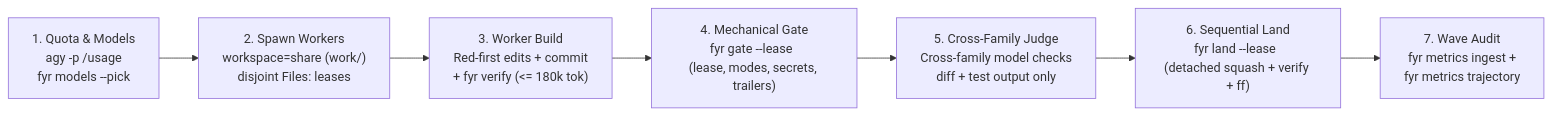
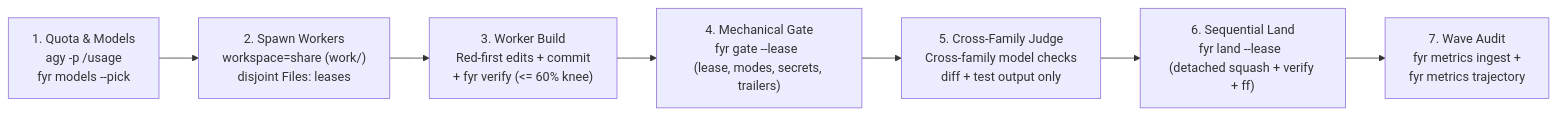
Before and after one commit to kesokaj/fyr: the fifth of 6 diagrams in Workflow.md, drawn with Mermaid. The commit also changed other lines of this file and 30 other files, not shown here.

````diff
--- a/Workflow.md
+++ b/Workflow.md
@@ -247,9 +247,9 @@
 ```mermaid
 flowchart LR
     quota["1. Quota & Models\nagy -p /usage\nfyr models --pick"] --> spawn["2. Spawn Workers\nworkspace=share (work/<name>)\ndisjoint Files: leases"]
-    spawn --> build["3. Worker Build\nRed-first edits + commit\n+ fyr verify (<= 180k tok)"]
+    spawn --> build["3. Worker Build\nRed-first edits + commit\n+ fyr verify (<= 60% knee)"]
     build --> gate["4. Mechanical Gate\nfyr gate --lease <glob> <worktree>\n(lease, modes, secrets, trailers)"]
     gate --> judge["5. Cross-Family Judge\nCross-family model checks\ndiff + test output only"]
     judge --> land["6. Sequential Land\nfyr land --lease <glob> <branch>\n(detached squash + verify + ff)"]
     land --> knee["7. Wave Audit\nfyr metrics ingest +\nfyr metrics trajectory"]
 ```
````
